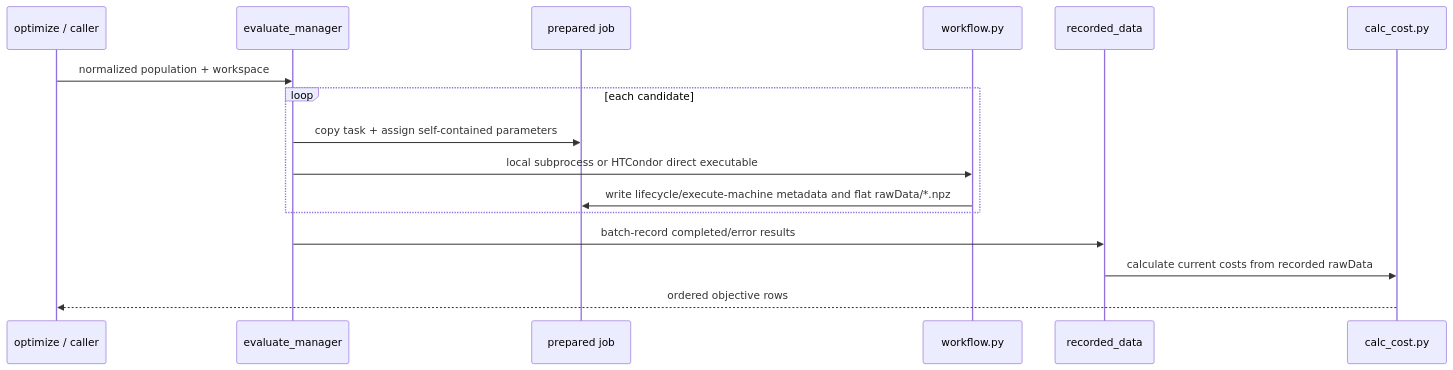
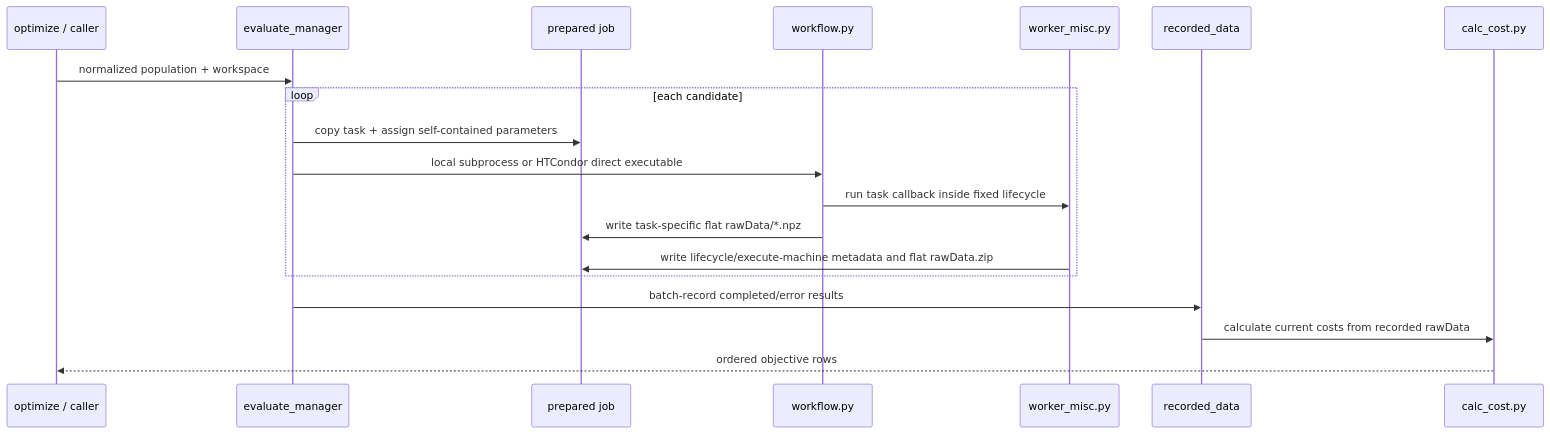
Before and after one commit to YS-Pan/yadof: the diagram in dev_doc/architecture/4plus1_process_view.md, drawn with Mermaid. The commit also changed other lines of this file and 42 other files, not shown here.

````diff
--- a/dev_doc/architecture/4plus1_process_view.md
+++ b/dev_doc/architecture/4plus1_process_view.md
@@ -5,18 +5,21 @@
 ```mermaid
 sequenceDiagram
     participant O as optimize / caller
     participant E as evaluate_manager
     participant J as prepared job
     participant W as workflow.py
+    participant S as worker_misc.py
     participant R as recorded_data
     participant C as calc_cost.py
     O->>E: normalized population + workspace
     loop each candidate
         E->>J: copy task + assign self-contained parameters
         E->>W: local subprocess or HTCondor direct executable
-        W->>J: write lifecycle/execute-machine metadata and flat rawData/*.npz
+        W->>S: run task callback inside fixed lifecycle
+        W->>J: write task-specific flat rawData/*.npz
+        S->>J: write lifecycle/execute-machine metadata and flat rawData.zip
     end
     E->>R: batch-record completed/error results
     R->>C: calculate current costs from recorded rawData
     C-->>O: ordered objective rows
 ```
````
